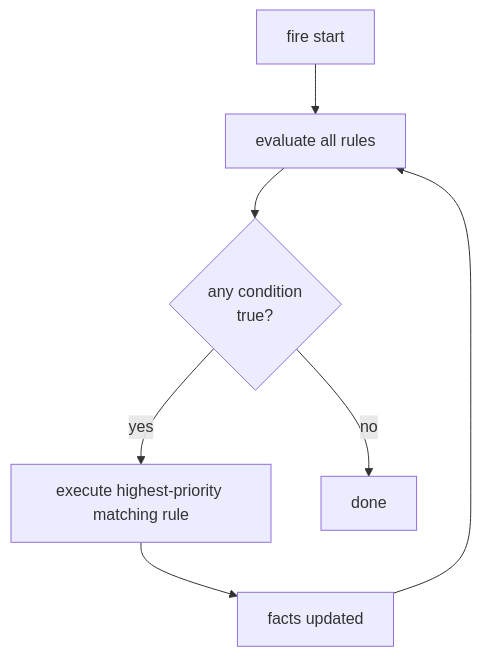
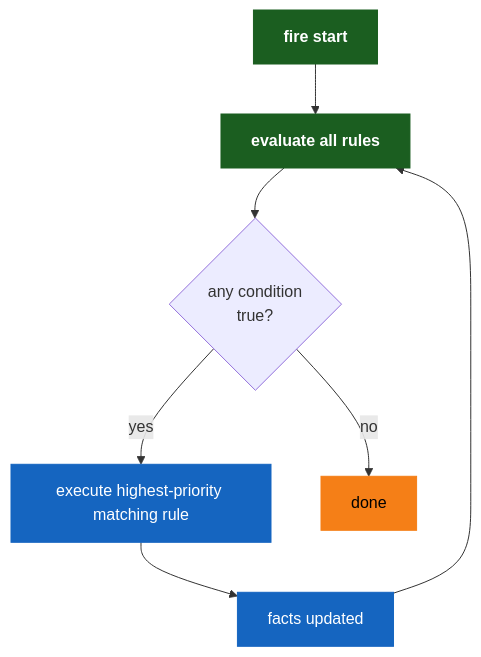
The sixth of 8 diagrams in utils/rule-engine/README.md (bluetape4k/bluetape4k-projects), drawn with Mermaid before and after one commit. The commit also changed other lines of this file and 221 other files, not shown here.

First line of the commit message:
docs: 전체 모듈 README UML 다이어그램 보강 및 색상 업그레이드

````diff
--- a/utils/rule-engine/README.md
+++ b/utils/rule-engine/README.md
@@ -201,9 +237,17 @@
 ```mermaid
 flowchart TD
     A[fire start] --> B[evaluate all rules]
     B --> C{any condition\ntrue?}
     C -->|yes| D[execute highest-priority matching rule]
     D --> E[facts updated]
     E --> B
     C -->|no| F[done]
+
+    classDef coreStyle fill:#1B5E20,stroke:#1B5E20,color:#FFFFFF,font-weight:bold
+    classDef serviceStyle fill:#1565C0,stroke:#1565C0,color:#FFFFFF
+    classDef dataStyle fill:#F57F17,stroke:#F57F17,color:#000000
+
+    class A,B coreStyle
+    class D,E serviceStyle
+    class F dataStyle
 ```
````
